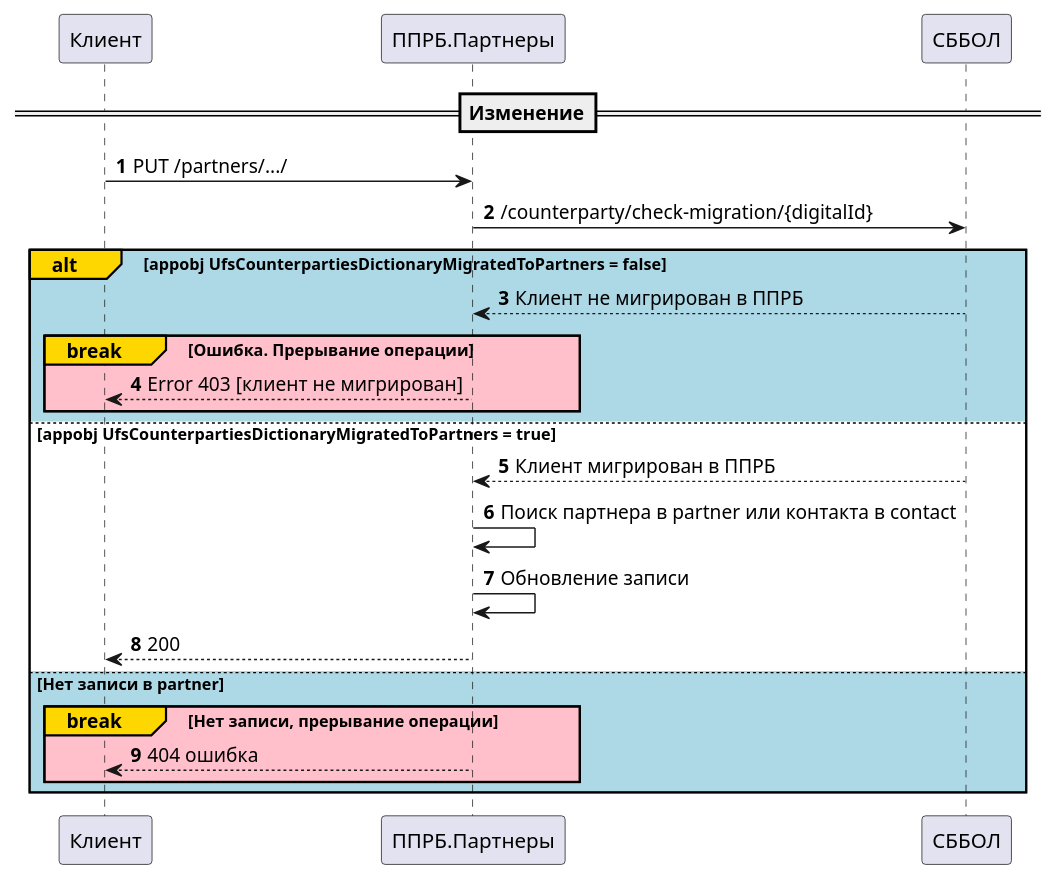
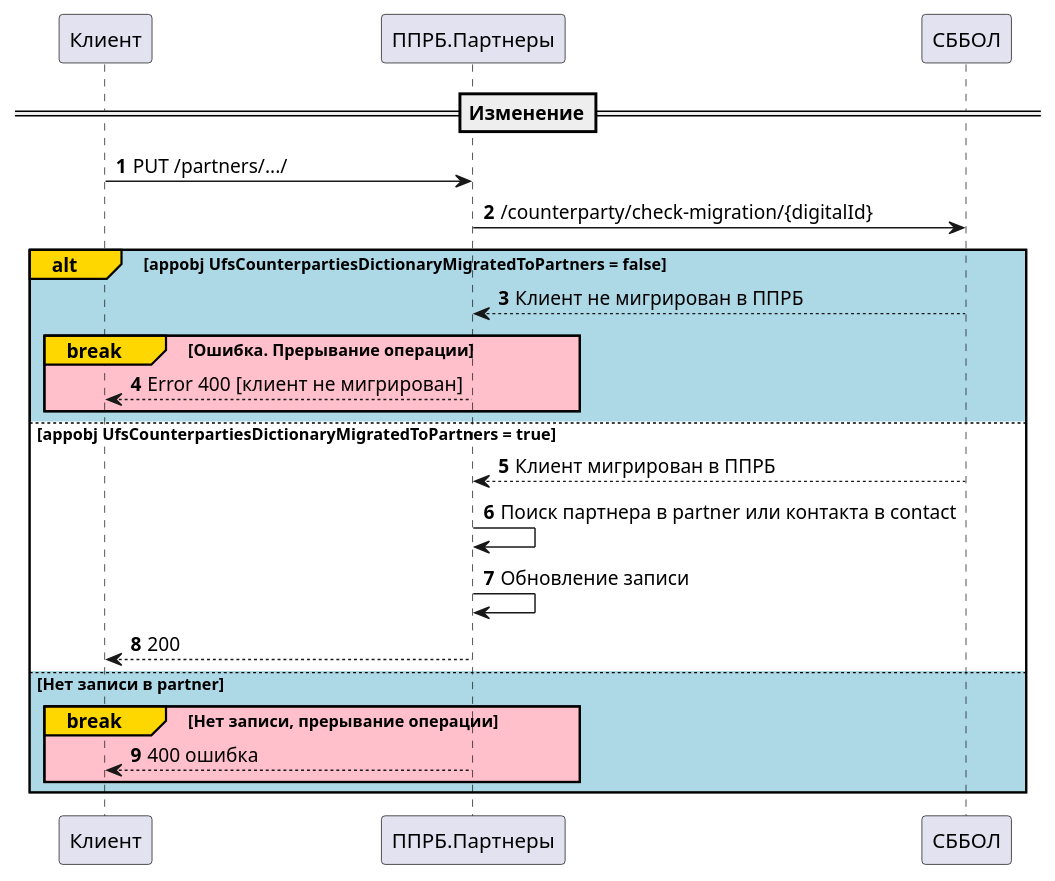
The diagram in docs/diagrams/replication/Iteration 1/change_document_contact_phone_email_address.puml (SSV4791/sbbol-partners), drawn with PlantUML before and after one commit. The commit also changed 294 other files, not shown here.

```diff
--- a/docs/diagrams/replication/Iteration 1/change_document_contact_phone_email_address.puml
+++ b/docs/diagrams/replication/Iteration 1/change_document_contact_phone_email_address.puml
@@ -1,22 +1,22 @@
 @startuml
 'https://plantuml.com/sequence-diagram
 autonumber
 ==Изменение==
 Клиент -> ППРБ.Партнеры: PUT /partners/.../
 ППРБ.Партнеры -> СББОЛ: /counterparty/check-migration/{digitalId}
 alt#Gold #lightblue appobj UfsCounterpartiesDictionaryMigratedToPartners = false
 СББОЛ --> ППРБ.Партнеры: Клиент не мигрирован в ППРБ
 break#Gold #Pink Ошибка. Прерывание операции
-ППРБ.Партнеры --> Клиент: Error 403 [клиент не мигрирован]
+ППРБ.Партнеры --> Клиент: Error 400 [клиент не мигрирован]
 end
 else #white appobj UfsCounterpartiesDictionaryMigratedToPartners = true
 СББОЛ --> ППРБ.Партнеры: Клиент мигрирован в ППРБ
 ППРБ.Партнеры -> ППРБ.Партнеры: Поиск партнера в partner или контакта в contact
 ППРБ.Партнеры -> ППРБ.Партнеры: Обновление записи
 ППРБ.Партнеры --> Клиент: 200
 else Нет записи в partner
 break#Gold #pink Нет записи, прерывание операции
-ППРБ.Партнеры --> Клиент: 404 ошибка
+ППРБ.Партнеры --> Клиент: 400 ошибка
 end
 end
 @enduml
```
